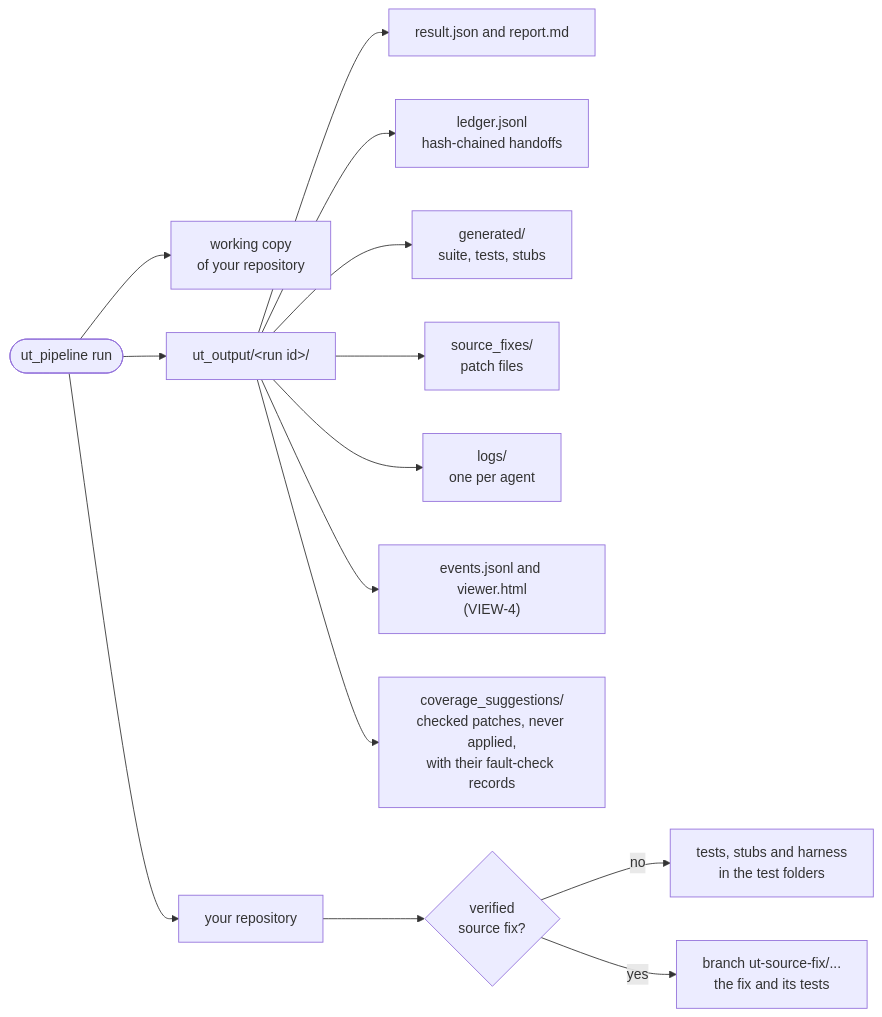
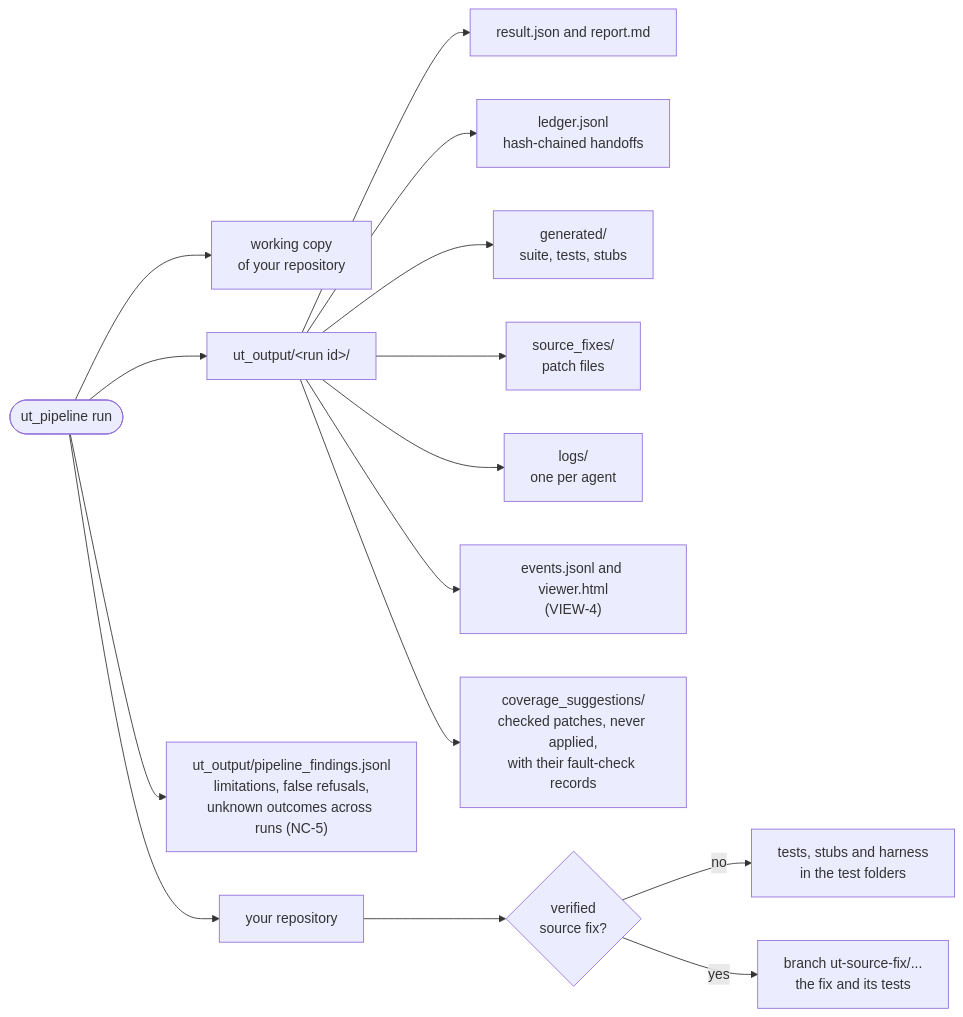
Diagram 14 of 14 in Docs/ORCHESTRATION.md (bharatd03/Unittest), drawn with Mermaid before and after one commit. The commit also changed other lines of this file and 98 other files, not shown here.

````diff
--- a/Docs/ORCHESTRATION.md
+++ b/Docs/ORCHESTRATION.md
@@ -432,16 +518,17 @@
 ```mermaid
 flowchart LR
     run(["ut_pipeline run"]) --> ws["working copy<br/>of your repository"]
     run --> outdir["ut_output/&lt;run id&gt;/"]
     outdir --> r1["result.json and report.md"]
     outdir --> r2["ledger.jsonl<br/>hash-chained handoffs"]
     outdir --> r3["generated/<br/>suite, tests, stubs"]
     outdir --> r4["source_fixes/<br/>patch files"]
     outdir --> r5["logs/<br/>one per agent"]
     outdir --> r6["events.jsonl and viewer.html<br/>(VIEW-4)"]
     outdir --> r7["coverage_suggestions/<br/>checked patches, never applied,<br/>with their fault-check records"]
+    run --> r8["ut_output/pipeline_findings.jsonl<br/>limitations, false refusals,<br/>unknown outcomes across runs (NC-5)"]
     run --> repo["your repository"]
     repo --> fix{"verified<br/>source fix?"}
     fix -- no --> t1["tests, stubs and harness<br/>in the test folders"]
     fix -- yes --> t2["branch ut-source-fix/...<br/>the fix and its tests"]
 ```
````
